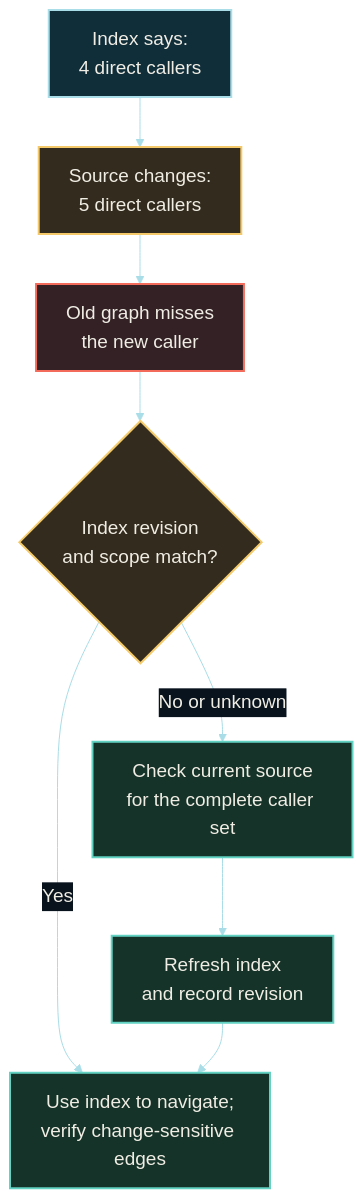
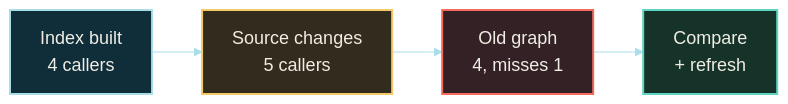
One commit to artemrudenko/code-graph-benchmark-v2 changed the diagram in assets/diagrams/stale-index-control-article-large-dark.mmd. Above: the diagram before and after it, drawn with Mermaid. The commit also changed 21 other files, not shown here.

Commit message:
docs: compact article evidence diagrams

```diff
--- a/assets/diagrams/stale-index-control-article-large-dark.mmd
+++ b/assets/diagrams/stale-index-control-article-large-dark.mmd
@@ -1,18 +1,8 @@
-%%{init: {"theme":"base","themeVariables":{"background":"#08131E","primaryColor":"#102D3A","primaryTextColor":"#F0EDE4","primaryBorderColor":"#A9DDE7","lineColor":"#A9DDE7","secondaryColor":"#213039","tertiaryColor":"#2A2530","edgeLabelBackground":"#08131E","fontFamily":"Arial","fontSize":"19px"}}}%%
-flowchart TB
-    A[Index says:<br/>4 direct callers] --> B[Source changes:<br/>5 direct callers]
-    B --> C[Old graph misses<br/>the new caller]
-    C --> D{Index revision<br/>and scope match?}
-    D -- No or unknown --> E[Check current source<br/>for the complete caller set]
-    E --> F[Refresh index<br/>and record revision]
-    D -- Yes --> G[Use index to navigate;<br/>verify change-sensitive edges]
-    F --> G
-
-    classDef index fill:#102D3A,stroke:#A9DDE7,color:#F0EDE4,stroke-width:2px;
-    classDef change fill:#332B1D,stroke:#F3C969,color:#F0EDE4,stroke-width:2px;
-    classDef risk fill:#332126,stroke:#F26B5B,color:#F0EDE4,stroke-width:2px;
-    classDef verify fill:#153329,stroke:#62D2C3,color:#F0EDE4,stroke-width:2px;
-    class A index;
-    class B,D change;
-    class C risk;
-    class E,F,G verify;
+%%{init: {"theme":"base","themeVariables":{"background":"#08131E","primaryColor":"#102D3A","primaryTextColor":"#F0EDE4","primaryBorderColor":"#A9DDE7","lineColor":"#A9DDE7","fontFamily":"Arial","fontSize":"18px"}}}%%
+flowchart LR
+  A[Index built<br/>4 callers] --> B[Source changes<br/>5 callers] --> C[Old graph<br/>4, misses 1] --> D[Compare<br/>+ refresh]
+  classDef source fill:#102D3A,stroke:#A9DDE7,color:#F0EDE4,stroke-width:2px;
+  classDef change fill:#332B1D,stroke:#F3C969,color:#F0EDE4,stroke-width:2px;
+  classDef stale fill:#332126,stroke:#F26B5B,color:#F0EDE4,stroke-width:2px;
+  classDef action fill:#153329,stroke:#62D2C3,color:#F0EDE4,stroke-width:2px;
+  class A source; class B change; class C stale; class D action;
```
